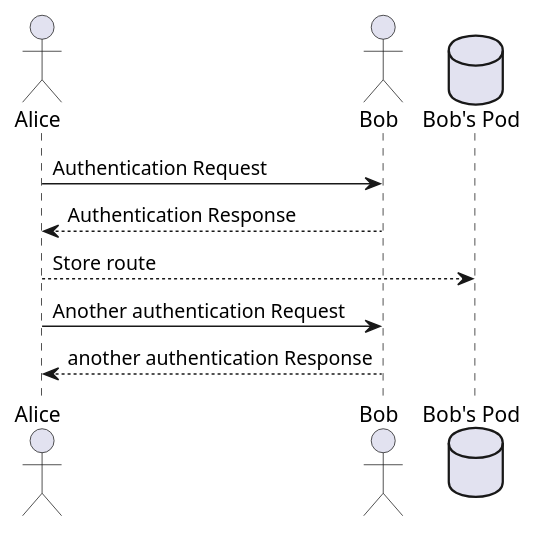
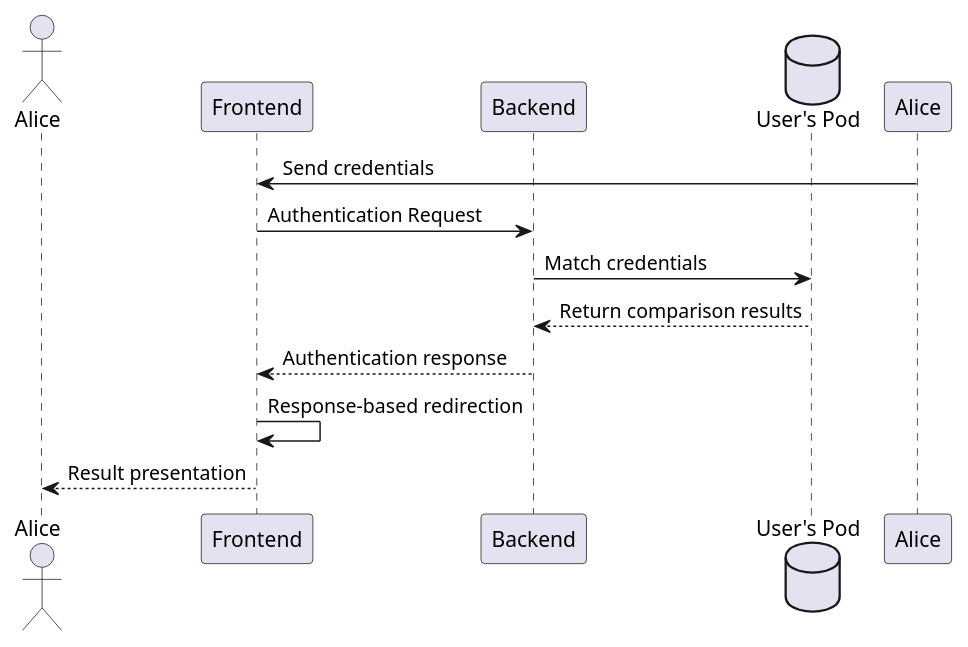
Before and after one commit to Arquisoft/lomap_en1a: the first of 3 diagrams in docs/06_runtime_view.adoc, drawn with PlantUML. The commit also changed other lines of this file, not shown here.

Commit message:
Added first two PlantUMLs to section 6

```diff
--- a/docs/06_runtime_view.adoc
+++ b/docs/06_runtime_view.adoc
@@ -42,11 +37,16 @@
-[plantuml,"Sequence diagram",png]
+[plantuml,"Login scenario",png]
 ----
-actor Alice
-actor Bob
-database Pod as "Bob's Pod"
-Alice -> Bob: Authentication Request
-Bob --> Alice: Authentication Response
-Alice  --> Pod: Store route
-Alice -> Bob: Another authentication Request
-Alice <-- Bob: another authentication Response
+@startuml
+actor User as "Alice"
+participant Frontend
+participant Backend
+database Pod as "User's Pod"
+Alice-> Frontend: Send credentials
+Frontend-> Backend: Authentication Request
+Backend-> Pod: Match credentials
+Pod --> Backend: Return comparison results
+Backend--> Frontend: Authentication response
+Frontend-> Frontend: Response-based redirection
+Frontend--> User: Result presentation
+@enduml
 ----
```
